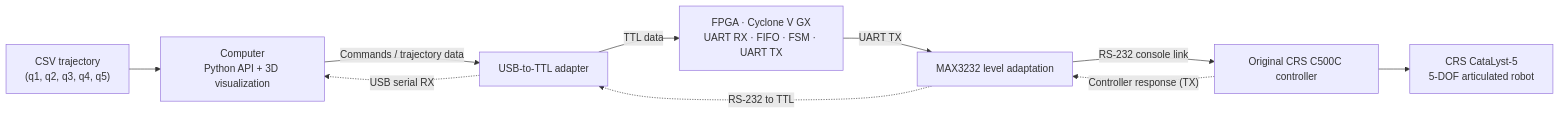
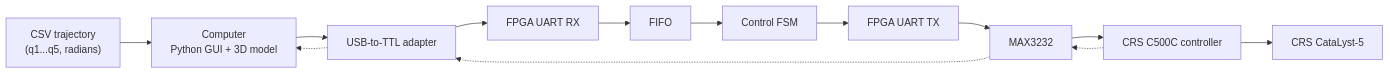
One commit to Citlali-Chavez/crs-catalyst5-fpga-trajectory-platform changed the diagram in README.md. Above: the diagram before and after it, drawn with Mermaid. The commit also changed other lines of this file and 81 other files, not shown here.

````diff
--- a/README.md
+++ b/README.md
@@ -29,12 +22,15 @@
 ```mermaid
 flowchart LR
-    CSV["CSV trajectory\n(q1, q2, q3, q4, q5)"] --> PC["Computer\nPython API + 3D visualization"]
-    PC -->|"Commands / trajectory data"| USB["USB-to-TTL adapter"]
-    USB -->|"TTL data"| FPGA["FPGA · Cyclone V GX\nUART RX · FIFO · FSM · UART TX"]
-    FPGA -->|"UART TX"| MAX["MAX3232 level adaptation"]
-    MAX -->|"RS-232 console link"| C500C["Original CRS C500C controller"]
-    C500C --> ROBOT["CRS CataLyst-5\n5-DOF articulated robot"]
-    C500C -.->|"Controller response (TX)"| MAX
-    MAX -.->|"RS-232 to TTL"| USB
-    USB -.->|"USB serial RX"| PC
+    CSV["CSV trajectory<br/>(q1...q5, radians)"] --> PC["Computer<br/>Python GUI + 3D model"]
+    PC --> USB["USB-to-TTL adapter"]
+    USB --> RX["FPGA UART RX"]
+    RX --> FIFO["FIFO"]
+    FIFO --> FSM["Control FSM"]
+    FSM --> TX["FPGA UART TX"]
+    TX --> MAX["MAX3232"]
+    MAX --> C500C["CRS C500C controller"]
+    C500C --> ROBOT["CRS CataLyst-5"]
+    C500C -.-> MAX
+    MAX -.-> USB
+    USB -.-> PC
 ```
````
